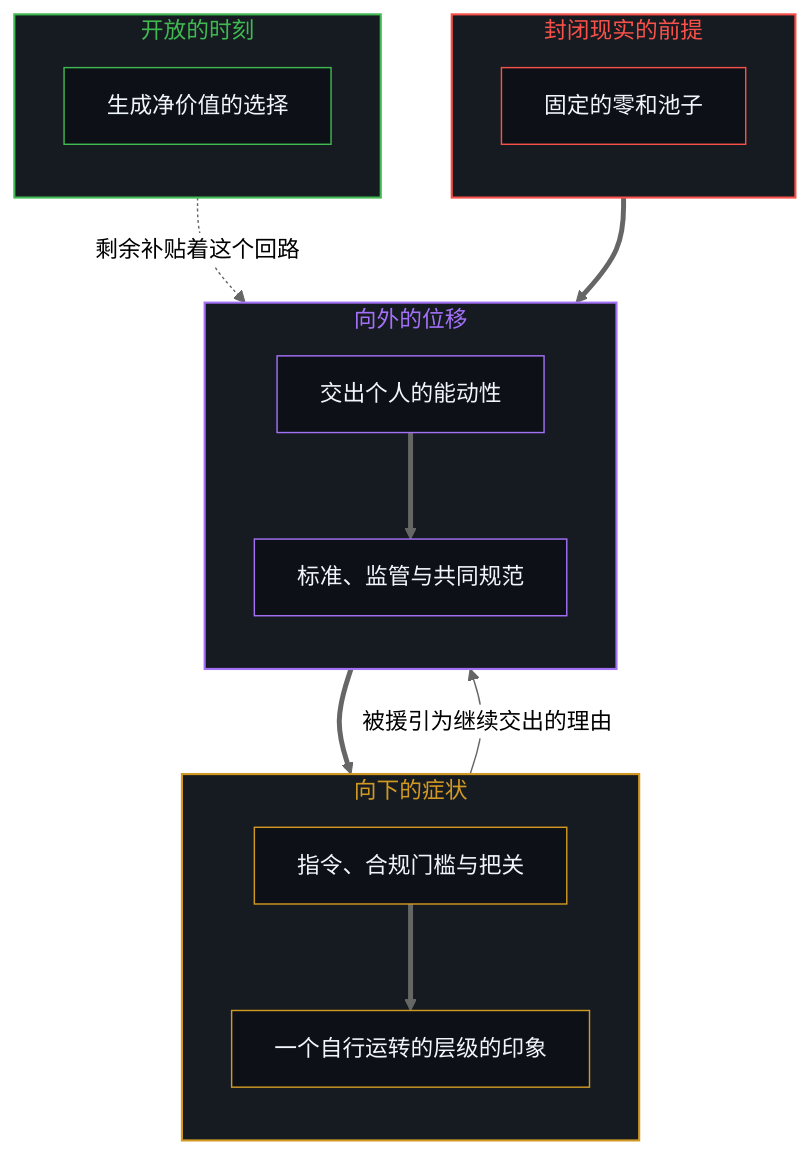
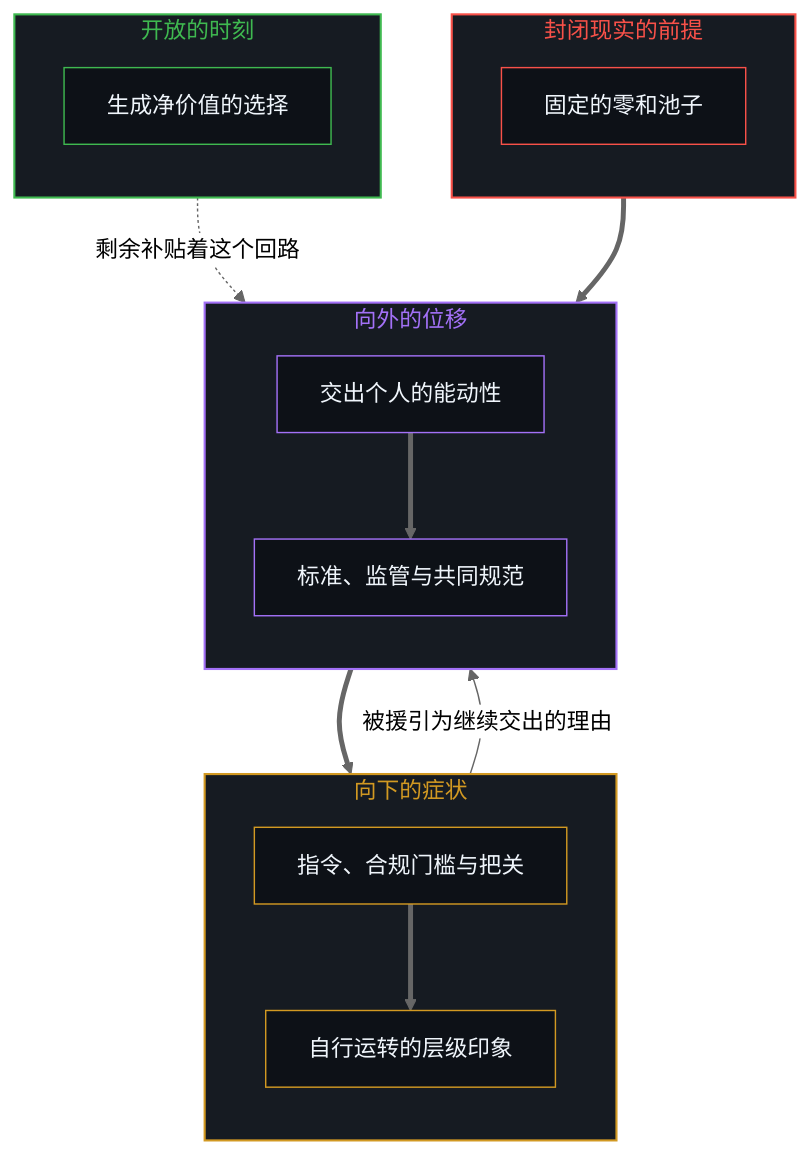
One commit to powerpig99/not-a-toe changed the first of 2 diagrams in content/posts/moral-language-as-projection.md. Above: the diagram before and after it, drawn with Mermaid (neutral theme). The commit also changed other lines of this file and 18 other files, not shown here.

````diff
--- a/content/posts/moral-language-as-projection.md
+++ b/content/posts/moral-language-as-projection.md
@@ -25,37 +25,37 @@
 ```mermaid
 flowchart TD
     subgraph S_Closed["封闭现实的前提"]
         direction TB
         C1["固定的零和池子"]
     end
     subgraph S_Out["向外的位移"]
         direction TB
         O1["交出个人的能动性"]
         O2["标准、监管与共同规范"]
     end
     subgraph S_Down["向下的症状"]
         direction TB
         D1["指令、合规门槛与把关"]
-        D2["一个自行运转的层级的印象"]
+        D2["自行运转的层级印象"]
     end
     subgraph S_Open["开放的时刻"]
         direction TB
         P1["生成净价值的选择"]
     end
     C1 ==> O1
     O1 ==> O2
     O2 ==> D1
     D1 ==> D2
     D2 -->|"被援引为继续交出的理由"| O1
     P1 -.->|"剩余补贴着这个回路"| O2
     style S_Closed fill:#161b22,stroke:#f85149,stroke-width:1.5px,color:#f85149
     style S_Out fill:#161b22,stroke:#a371f7,stroke-width:1.5px,color:#a371f7
     style S_Down fill:#161b22,stroke:#d29922,stroke-width:1.5px,color:#d29922
     style S_Open fill:#161b22,stroke:#3fb950,stroke-width:1.5px,color:#3fb950
     style C1 fill:#0d1117,stroke:#f85149,stroke-width:1px,color:#f0f6fc
     style O1 fill:#0d1117,stroke:#a371f7,stroke-width:1px,color:#f0f6fc
     style O2 fill:#0d1117,stroke:#a371f7,stroke-width:1px,color:#f0f6fc
     style D1 fill:#0d1117,stroke:#d29922,stroke-width:1px,color:#f0f6fc
     style D2 fill:#0d1117,stroke:#d29922,stroke-width:1px,color:#f0f6fc
     style P1 fill:#0d1117,stroke:#3fb950,stroke-width:1px,color:#f0f6fc
 ```
````
